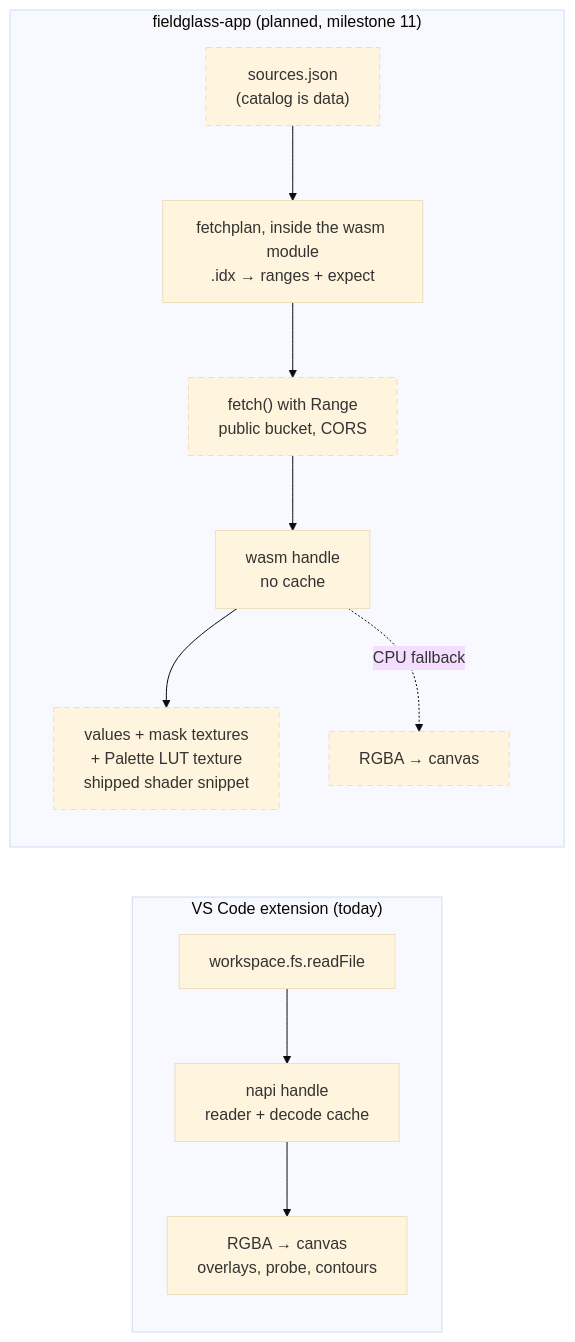
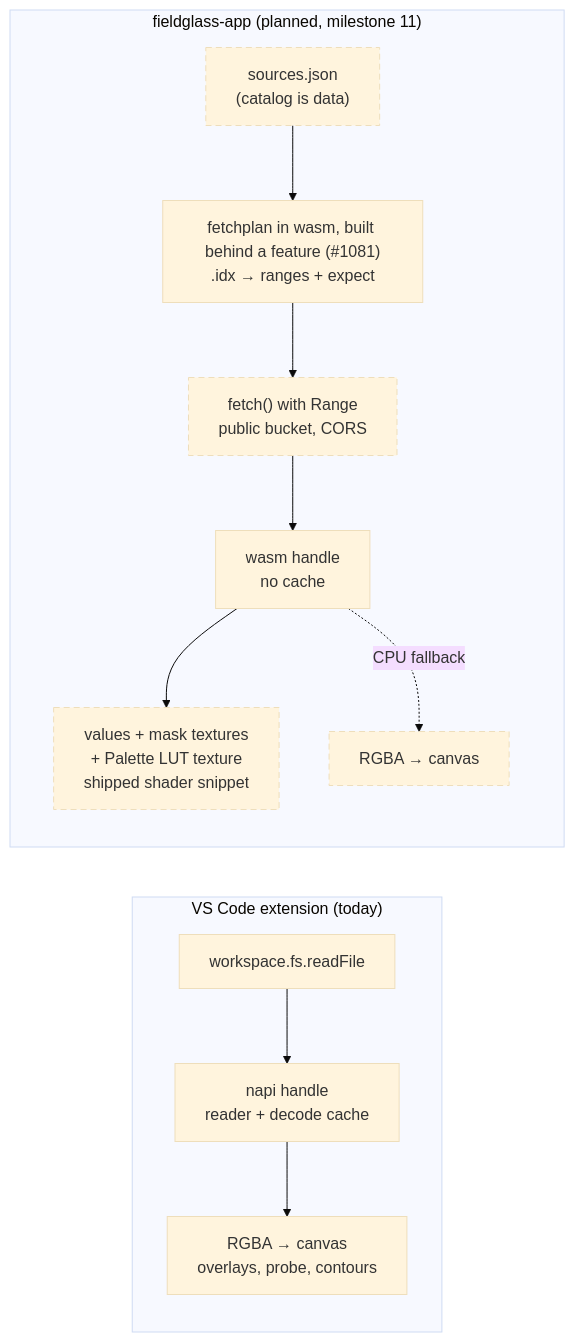
The first of 2 diagrams in docs/architecture/planned/04-hosts.md (D0ubleD0uble/fieldglass), drawn with Mermaid (base theme) before and after one commit. The commit also changed other lines of this file and 1 other file, not shown here.

````diff
--- a/docs/architecture/planned/04-hosts.md
+++ b/docs/architecture/planned/04-hosts.md
@@ -15,16 +15,16 @@
 ```mermaid
 flowchart LR
     subgraph vscode["VS Code extension (today)"]
         fs["workspace.fs.readFile"] --> nb["napi handle<br/>reader + decode cache"]
         nb --> canvas["RGBA → canvas<br/>overlays, probe, contours"]
     end
     subgraph browser["fieldglass-app (planned, milestone 11)"]
-        cat["sources.json<br/>(catalog is data)"] --> plan["fetchplan, inside the wasm module<br/>.idx → ranges + expect"]
+        cat["sources.json<br/>(catalog is data)"] --> plan["fetchplan in wasm, built behind a feature (#1081)<br/>.idx → ranges + expect"]
         plan --> fetch["fetch() with Range<br/>public bucket, CORS"]
         fetch --> wb["wasm handle<br/>no cache"]
         wb --> gpu["values + mask textures<br/>+ Palette LUT texture<br/>shipped shader snippet"]
         wb -. CPU fallback .-> canvas2["RGBA → canvas"]
     end
     classDef planned stroke-dasharray: 6 4
     class cat,fetch,gpu,canvas2 planned
 ```
````
